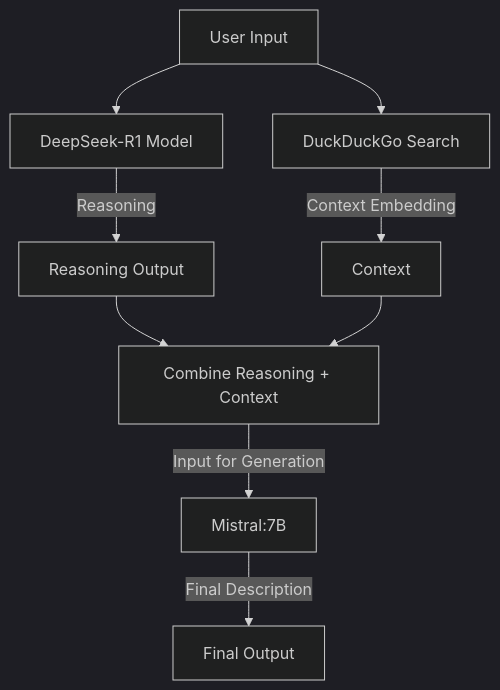
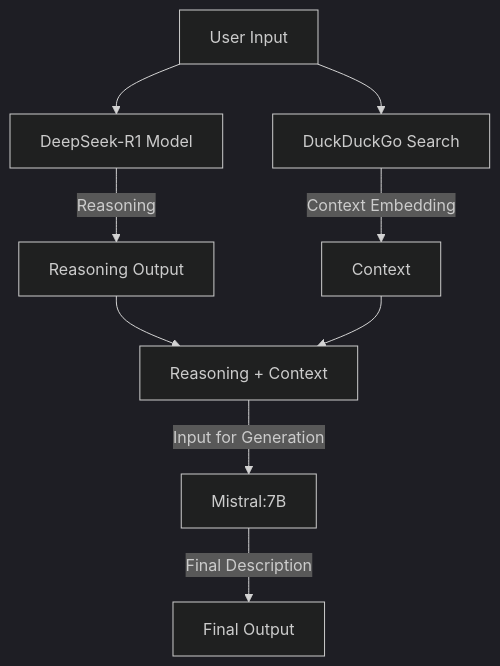
Before and after one commit to loveplay1983/dual-models-RAG-chatbot: the diagram in readme.md, drawn with Mermaid (dark theme). The commit also changed 6 other files, not shown here.

Commit message:
fixed the diagram by using concise text in mermaid

````diff
--- a/readme.md
+++ b/readme.md
@@ -7,11 +7,11 @@
 ```mermaid
 graph TD
     A[User Input] --> B[DeepSeek-R1 Model]
     B -->|Reasoning| C[Reasoning Output]
     A --> D[DuckDuckGo Search]
     D -->|Context Embedding| E[Context]
-    C --> F[Combine Reasoning + Context]
+    C --> F[Reasoning + Context]
     E --> F
     F -->|Input for Generation| G[Mistral:7B]
     G -->|Final Description| H[Final Output]
 ```
````
